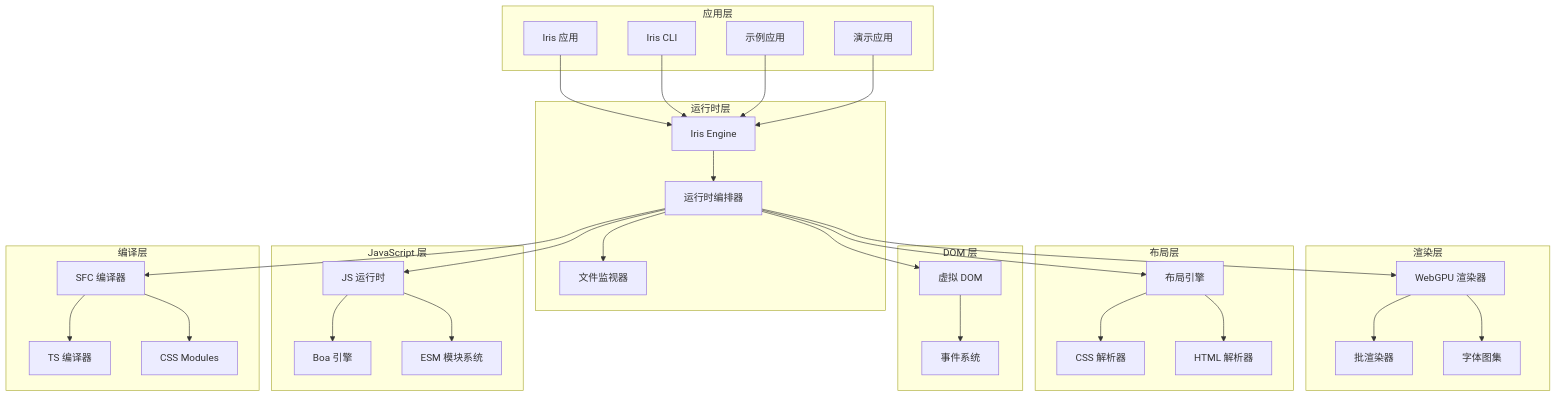
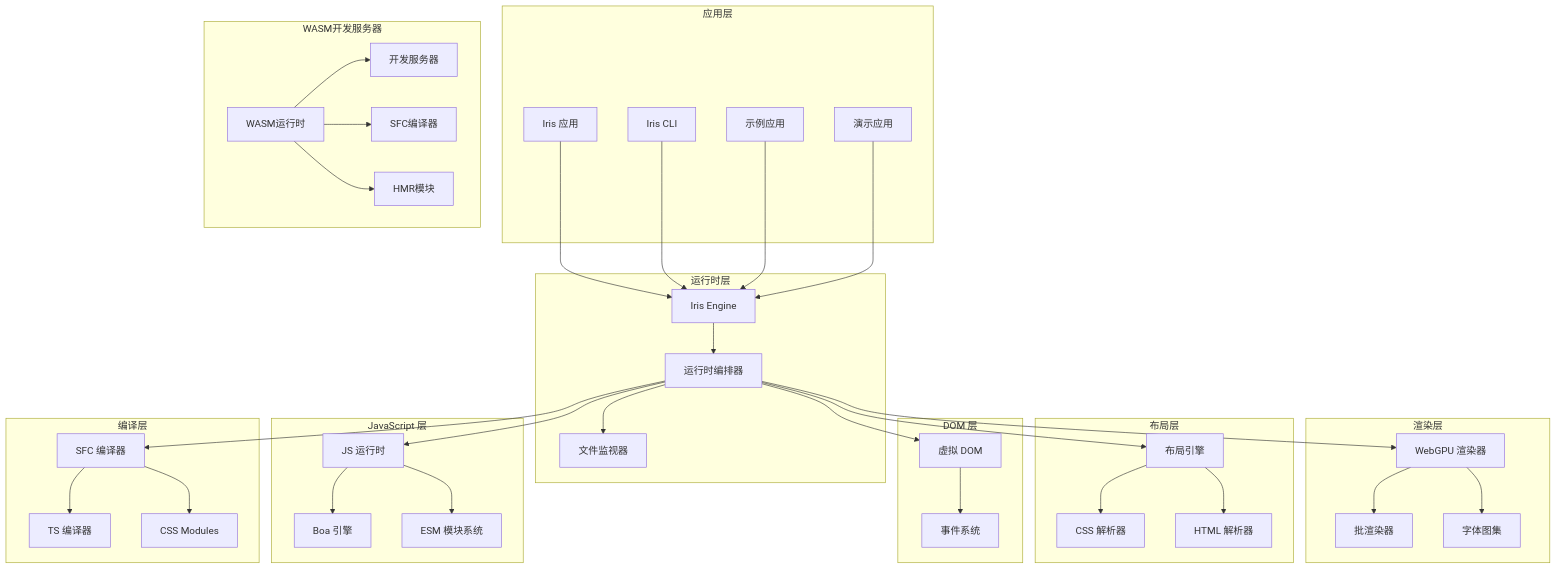
One commit to itszzl-sudo/iris changed the fifth of 13 diagrams in .qoder/repowiki/zh/content/核心功能特性/工程化与商业化能力/测试框架与基础设施/Iris Runtime CLI工具.md. Above: the diagram before and after it, drawn with Mermaid. The commit also changed other lines of this file and 6 other files, not shown here.

````diff
--- a/.qoder/repowiki/zh/content/核心功能特性/工程化与商业化能力/测试框架与基础设施/Iris Runtime CLI工具.md
+++ b/.qoder/repowiki/zh/content/核心功能特性/工程化与商业化能力/测试框架与基础设施/Iris Runtime CLI工具.md
@@ -225,58 +245,67 @@
 ```mermaid
 graph TB
 subgraph "应用层"
 App[Iris 应用]
 CLI[Iris CLI]
 Examples[示例应用]
 Demo[演示应用]
 end
 subgraph "运行时层"
 Engine[Iris Engine]
 Orchestrator[运行时编排器]
 FileWatcher[文件监视器]
 end
 subgraph "渲染层"
 GPU[WebGPU 渲染器]
 BatchRenderer[批渲染器]
 FontAtlas[字体图集]
 end
 subgraph "布局层"
 Layout[布局引擎]
 CSSParser[CSS 解析器]
 HTMLParser[HTML 解析器]
 end
 subgraph "DOM 层"
 VDOM[虚拟 DOM]
 EventSystem[事件系统]
 end
 subgraph "JavaScript 层"
 JSRuntime[JS 运行时]
 BoaEngine[Boa 引擎]
 ESM[ESM 模块系统]
 end
 subgraph "编译层"
 SFCCompiler[SFC 编译器]
 TSCompiler[TS 编译器]
 CSSModules[CSS Modules]
 end
+subgraph "WASM开发服务器"
+WASMRuntime[WASM运行时]
+DevServer[开发服务器]
+Compiler[SFC编译器]
+HMR[HMR模块]
+end
 App --> Engine
 CLI --> Engine
 Examples --> Engine
 Demo --> Engine
 Engine --> Orchestrator
 Orchestrator --> GPU
 Orchestrator --> Layout
 Orchestrator --> VDOM
 Orchestrator --> JSRuntime
 Orchestrator --> SFCCompiler
 Orchestrator --> FileWatcher
 GPU --> BatchRenderer
 GPU --> FontAtlas
 Layout --> CSSParser
 Layout --> HTMLParser
 VDOM --> EventSystem
 JSRuntime --> BoaEngine
 JSRuntime --> ESM
 SFCCompiler --> TSCompiler
 SFCCompiler --> CSSModules
+WASMRuntime --> DevServer
+WASMRuntime --> Compiler
+WASMRuntime --> HMR
 ```
````
